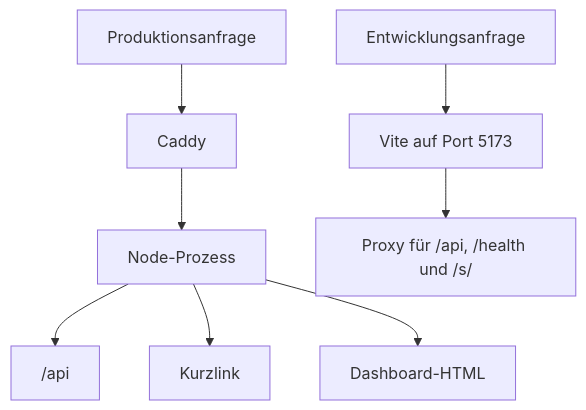
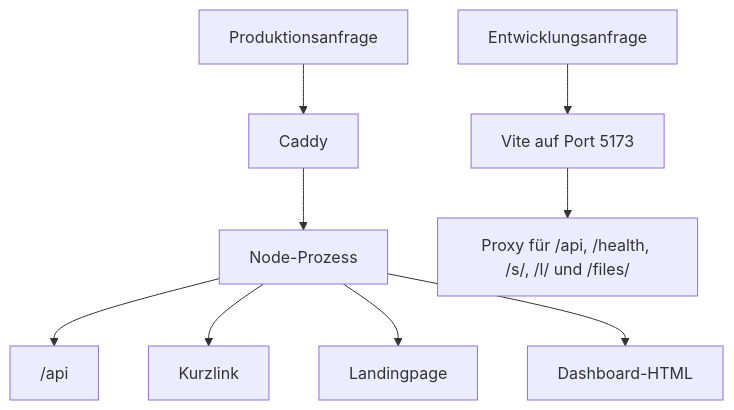
The diagram in apps/web/docs/de/developer/backend/overview.md (LucaIsMyName/sharry), drawn with Mermaid before and after one commit. The commit also changed other lines of this file and 110 other files, not shown here.

````diff
--- a/apps/web/docs/de/developer/backend/overview.md
+++ b/apps/web/docs/de/developer/backend/overview.md
@@ -26,12 +27,13 @@
 ```mermaid
 flowchart TD
   accTitle: Wie eine Anfrage ausgeliefert wird
-  accDescr: In Produktion schickt Caddy die Anfrage an den Node-Prozess. In der Entwicklung leitet Vite die API, den Health-Check und das Standardpräfix weiter.
+  accDescr: In Produktion schickt Caddy die Anfrage an den Node-Prozess. In der Entwicklung leitet Vite die API, den Health-Check, die Standardpräfixe für Kurzlinks und Seiten sowie Mediendateien weiter.
   Prod[Produktionsanfrage] --> Caddy[Caddy]
   Caddy --> Node[Node-Prozess]
   Node --> Api["/api"]
   Node --> Short[Kurzlink]
+  Node --> Page[Landingpage]
   Node --> Html[Dashboard-HTML]
   Dev[Entwicklungsanfrage] --> Vite[Vite auf Port 5173]
-  Vite --> Proxy["Proxy für /api, /health und /s/"]
+  Vite --> Proxy["Proxy für /api, /health, /s/, /l/ und /files/"]
 ```
````
